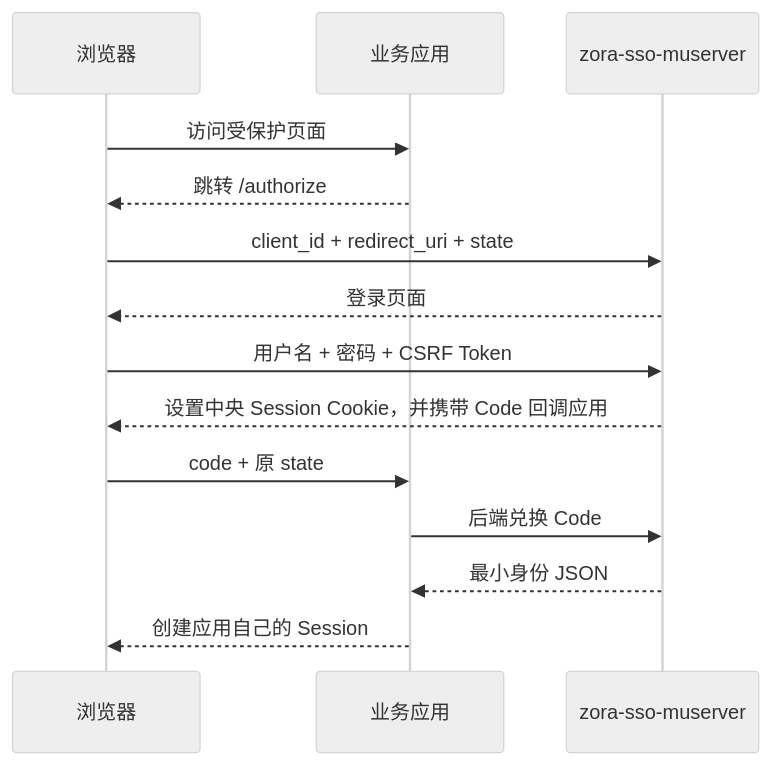
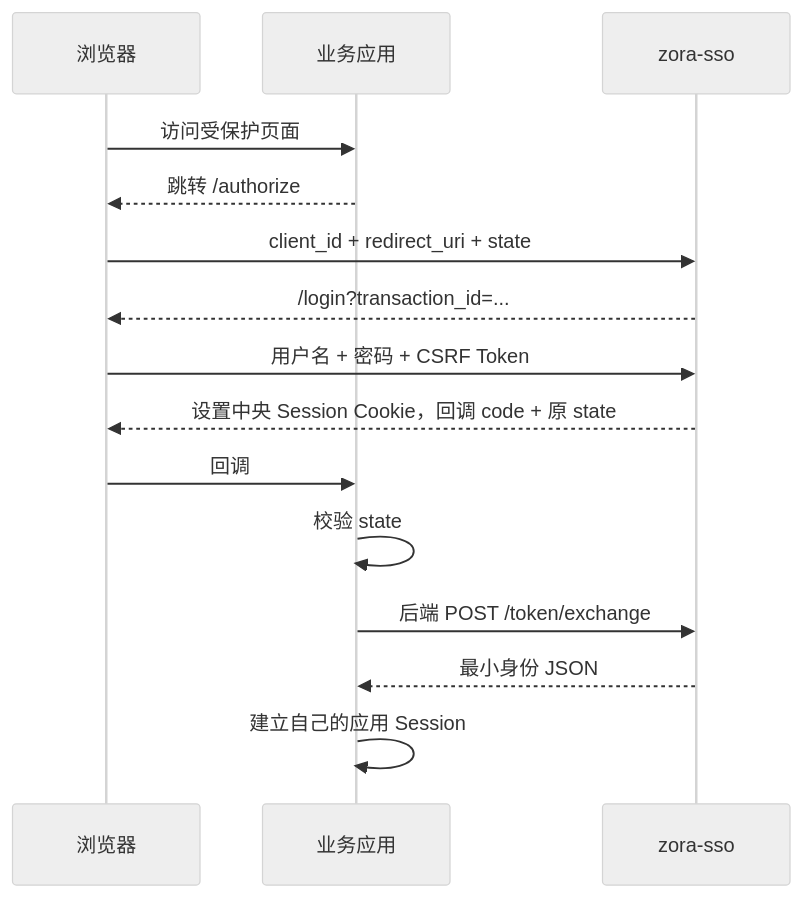
The diagram in zora-sso/docs/design/02-FEATURE-本地登录与授权流程.md (jack20170608/zora-apps), drawn with Mermaid (neutral theme) before and after one commit. The commit also changed other lines of this file and 27 other files, not shown here.

````diff
--- a/zora-sso/docs/design/02-FEATURE-本地登录与授权流程.md
+++ b/zora-sso/docs/design/02-FEATURE-本地登录与授权流程.md
@@ -5,17 +52,17 @@
 ```mermaid
 sequenceDiagram
     participant B as 浏览器
     participant A as 业务应用
-    participant S as zora-sso-muserver
-
+    participant S as zora-sso
     B->>A: 访问受保护页面
     A-->>B: 跳转 /authorize
     B->>S: client_id + redirect_uri + state
-    S-->>B: 登录页面
+    S-->>B: /login?transaction_id=...
     B->>S: 用户名 + 密码 + CSRF Token
-    S-->>B: 设置中央 Session Cookie，并携带 Code 回调应用
-    B->>A: code + 原 state
-    A->>S: 后端兑换 Code
+    S-->>B: 设置中央 Session Cookie，回调 code + 原 state
+    B->>A: 回调
+    A->>A: 校验 state
+    A->>S: 后端 POST /token/exchange
     S-->>A: 最小身份 JSON
-    A-->>B: 创建应用自己的 Session
+    A->>A: 建立自己的应用 Session
 ```
````
